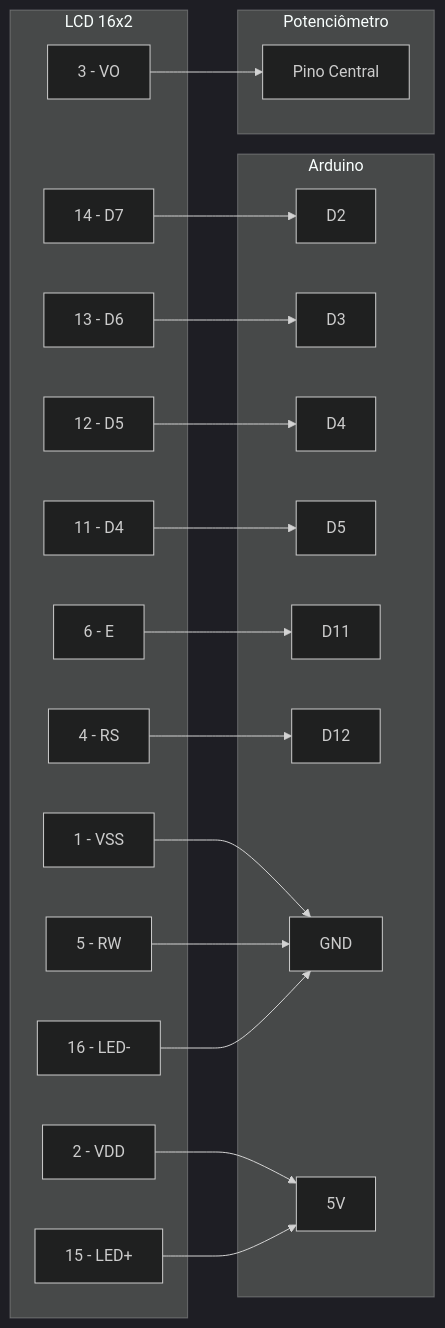
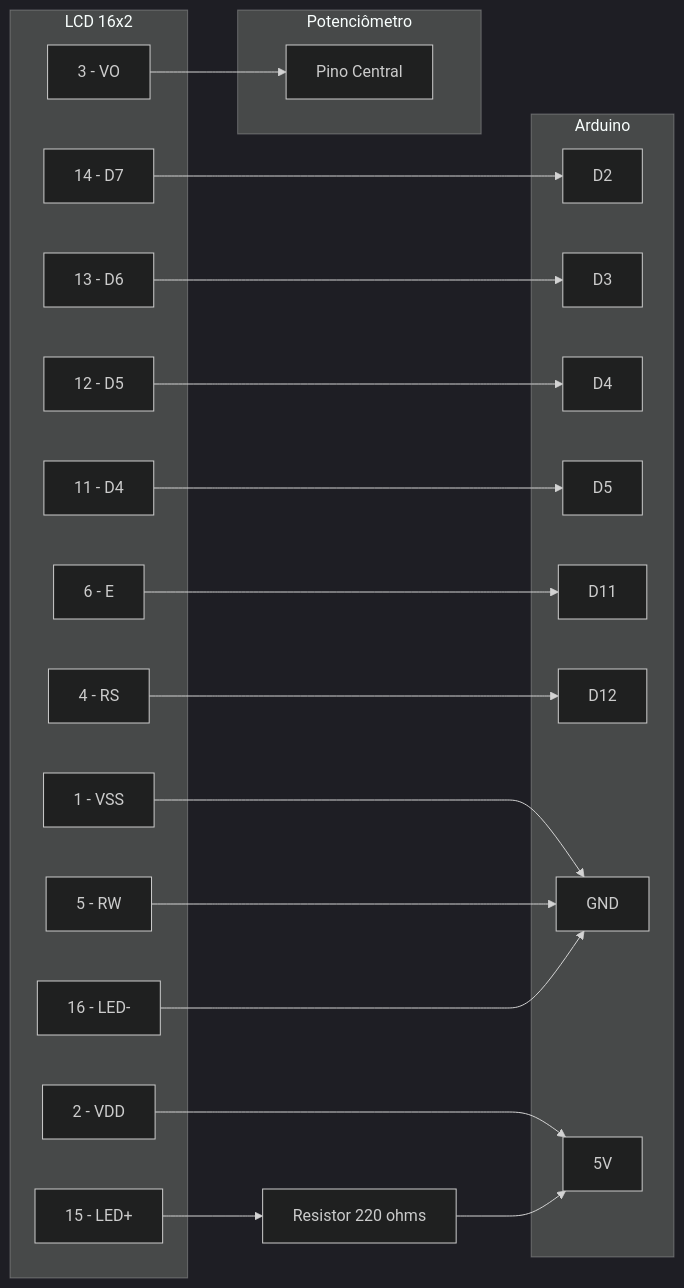
Before and after one commit to MoacirJr10/lcd-arduino: the first of 3 diagrams in README.md, drawn with Mermaid (dark theme). The commit also changed other lines of this file and 2 other files, not shown here.

````diff
--- a/README.md
+++ b/README.md
@@ -40,45 +40,46 @@
 ```mermaid
 graph LR
     subgraph "LCD 16x2"
         L1[1 - VSS]
         L2[2 - VDD]
         L3[3 - VO]
         L4[4 - RS]
         L5[5 - RW]
         L6[6 - E]
         L11[11 - D4]
         L12[12 - D5]
         L13[13 - D6]
         L14[14 - D7]
         L15[15 - LED+]
         L16[16 - LED-]
     end
     
     subgraph "Arduino"
         D2[D2]
         D3[D3]
         D4[D4]
         D5[D5]
         D11[D11]
         D12[D12]
         GND1[GND]
         V5V1[5V]
     end
     
     subgraph "Potenciômetro"
         POT[Pino Central]
     end
     
     L1 --> GND1
     L2 --> V5V1
     L3 --> POT
     L4 --> D12
     L5 --> GND1
     L6 --> D11
     L11 --> D5
     L12 --> D4
     L13 --> D3
     L14 --> D2
-    L15 --> V5V1
+    L15 --> RES[Resistor 220 ohms]
+    RES --> V5V1
     L16 --> GND1
 ```
````
